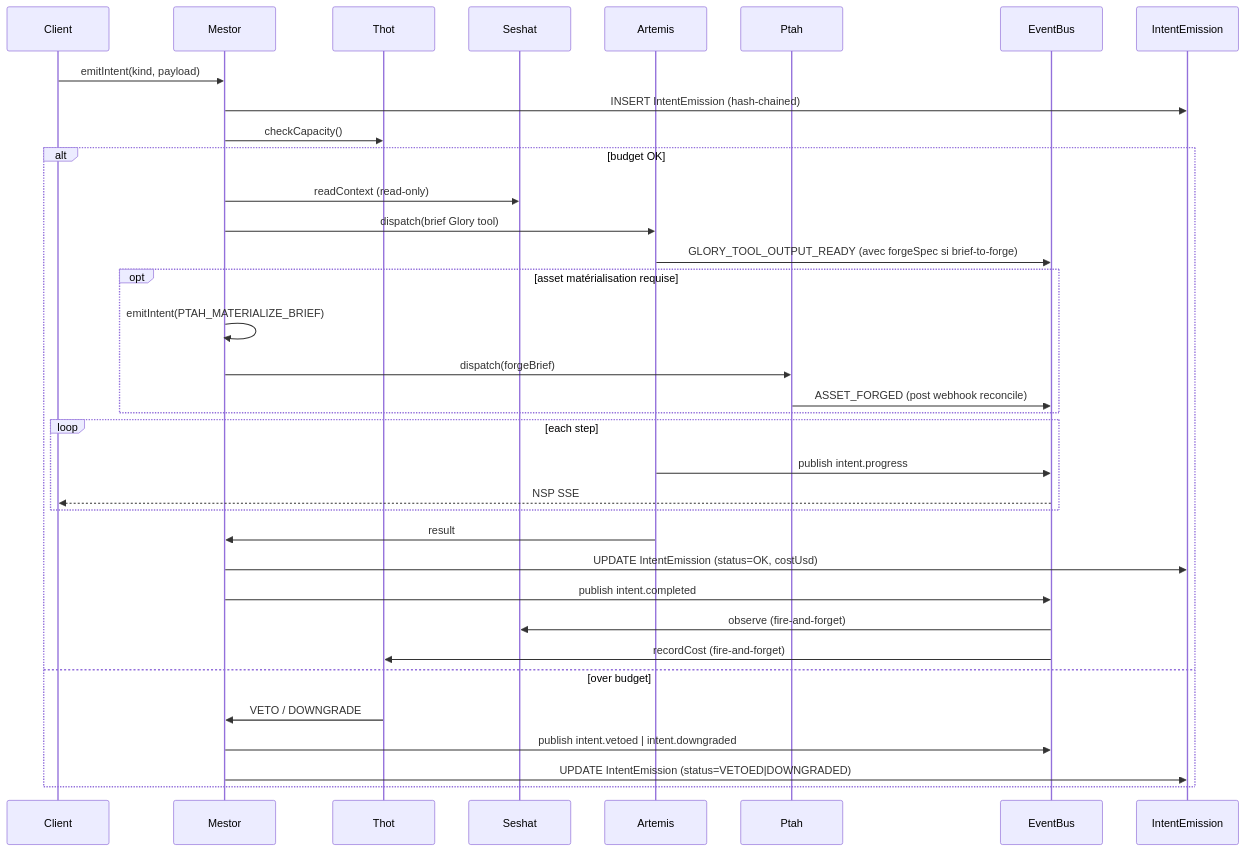
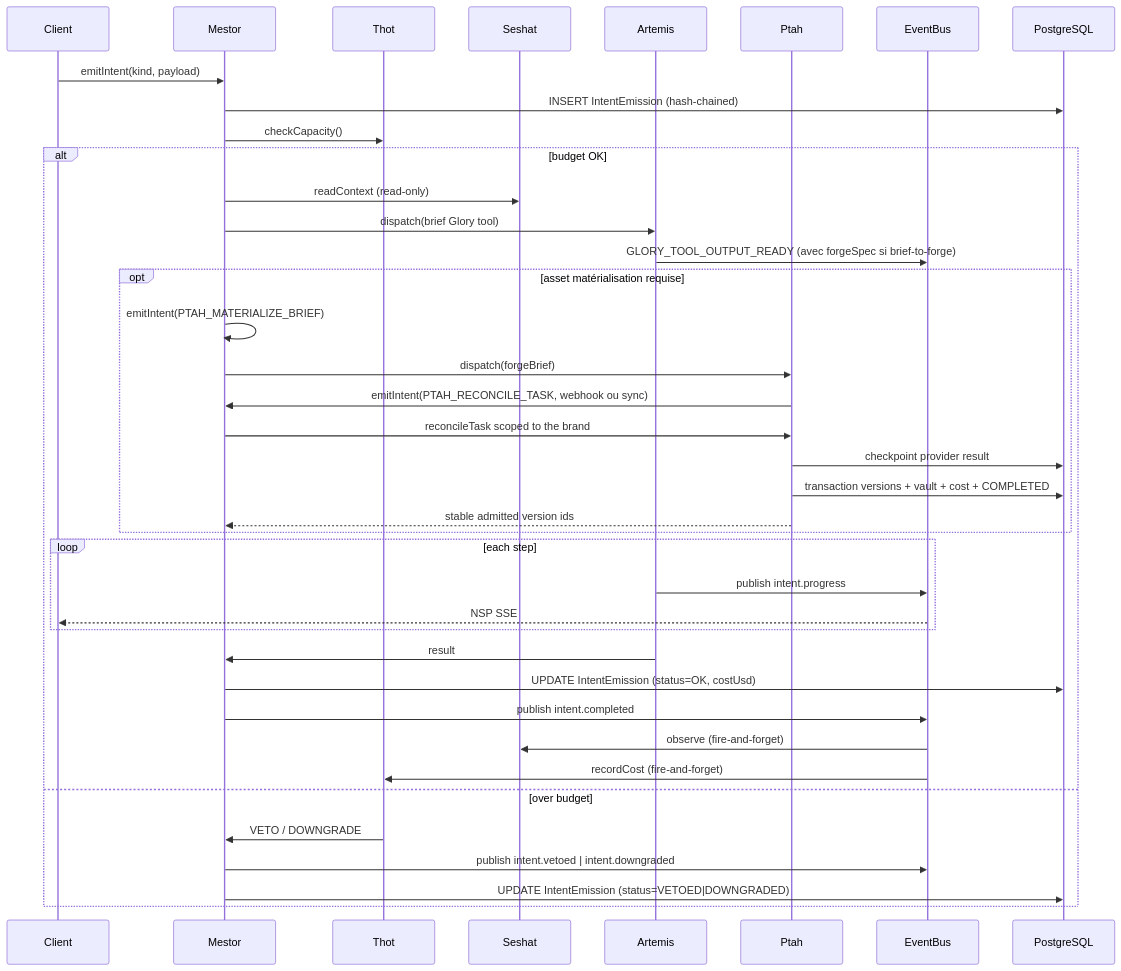
One commit to xtincell/ADVE-project changed the first of 2 diagrams in docs/scan/architecture.md. Above: the diagram before and after it, drawn with Mermaid. The commit also changed other lines of this file and 20 other files, not shown here.

````diff
--- a/docs/scan/architecture.md
+++ b/docs/scan/architecture.md
@@ -55,38 +55,42 @@
 ```mermaid
 sequenceDiagram
   participant Client
   participant Mestor
   participant Thot
   participant Seshat
   participant Artemis
   participant Ptah
   participant Bus as EventBus
-  participant DB as IntentEmission
+  participant DB as PostgreSQL
 
   Client->>Mestor: emitIntent(kind, payload)
   Mestor->>DB: INSERT IntentEmission (hash-chained)
   Mestor->>Thot: checkCapacity()
   alt budget OK
     Mestor->>Seshat: readContext (read-only)
     Mestor->>Artemis: dispatch(brief Glory tool)
     Artemis->>Bus: GLORY_TOOL_OUTPUT_READY (avec forgeSpec si brief-to-forge)
     opt asset matérialisation requise
       Mestor->>Mestor: emitIntent(PTAH_MATERIALIZE_BRIEF)
       Mestor->>Ptah: dispatch(forgeBrief)
-      Ptah->>Bus: ASSET_FORGED (post webhook reconcile)
+      Ptah->>Mestor: emitIntent(PTAH_RECONCILE_TASK, webhook ou sync)
+      Mestor->>Ptah: reconcileTask scoped to the brand
+      Ptah->>DB: checkpoint provider result
+      Ptah->>DB: transaction versions + vault + cost + COMPLETED
+      Ptah-->>Mestor: stable admitted version ids
     end
     loop each step
       Artemis->>Bus: publish intent.progress
       Bus-->>Client: NSP SSE
     end
     Artemis->>Mestor: result
     Mestor->>DB: UPDATE IntentEmission (status=OK, costUsd)
     Mestor->>Bus: publish intent.completed
     Bus->>Seshat: observe (fire-and-forget)
     Bus->>Thot: recordCost (fire-and-forget)
   else over budget
     Thot->>Mestor: VETO / DOWNGRADE
     Mestor->>Bus: publish intent.vetoed | intent.downgraded
     Mestor->>DB: UPDATE IntentEmission (status=VETOED|DOWNGRADED)
   end
 ```
````
